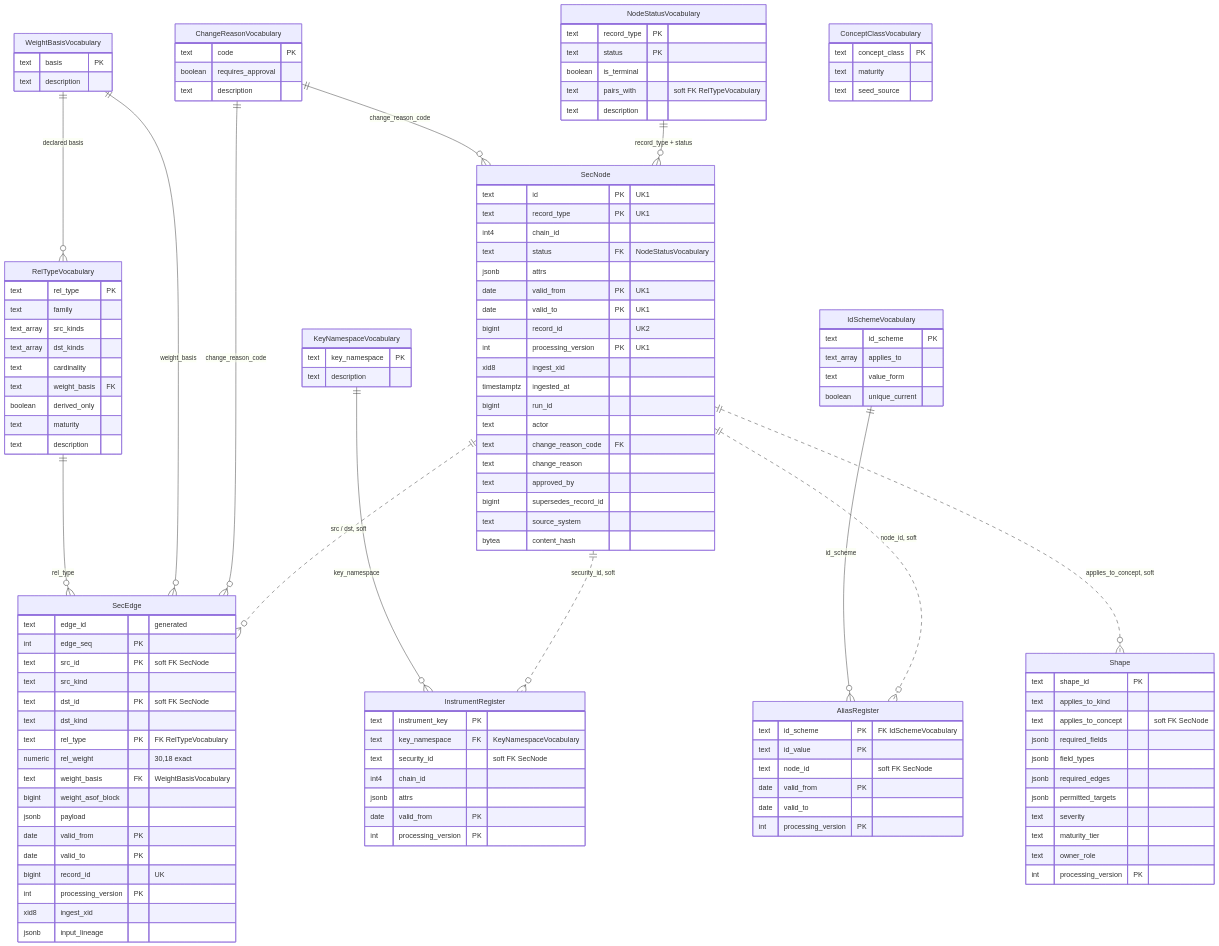
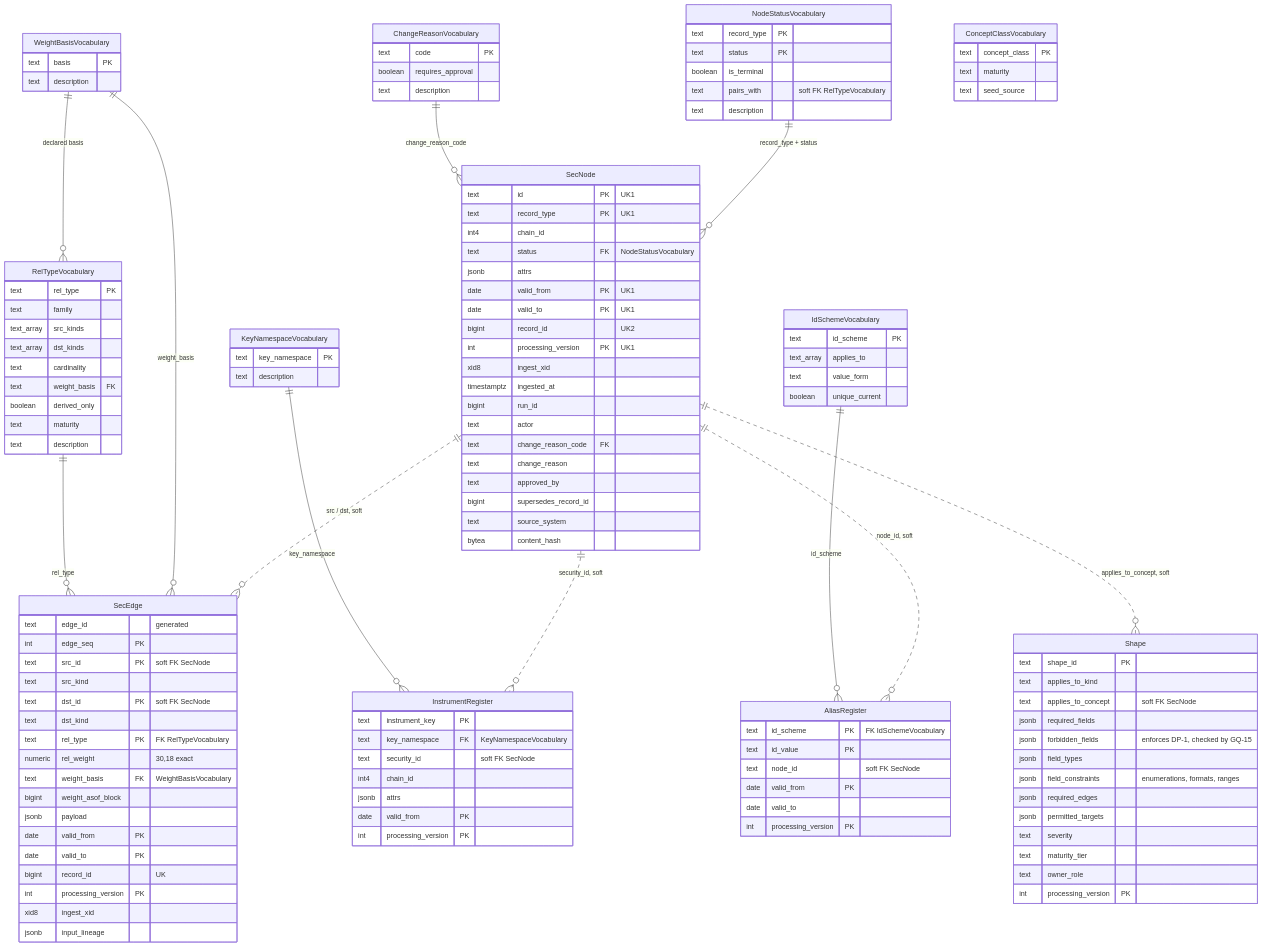
Before and after one commit to archon-research/stl: the first of 4 diagrams in docs/adr/0005-combined-master-and-relationship-store.md, drawn with Mermaid. The commit also changed other lines of this file, not shown here.

```diff
--- a/docs/adr/0005-combined-master-and-relationship-store.md
+++ b/docs/adr/0005-combined-master-and-relationship-store.md
@@ -282,7 +284,9 @@
         text applies_to_kind
         text applies_to_concept "soft FK SecNode"
         jsonb required_fields
+        jsonb forbidden_fields "enforces DP-1, checked by GQ-15"
         jsonb field_types
+        jsonb field_constraints "enumerations, formats, ranges"
         jsonb required_edges
         jsonb permitted_targets
         text severity
@@ -337,7 +341,6 @@
     WeightBasisVocabulary ||--o{ SecEdge : "weight_basis"
     WeightBasisVocabulary ||--o{ RelTypeVocabulary : "declared basis"
     ChangeReasonVocabulary ||--o{ SecNode : "change_reason_code"
-    ChangeReasonVocabulary ||--o{ SecEdge : "change_reason_code"
     NodeStatusVocabulary ||--o{ SecNode : "record_type + status"
     KeyNamespaceVocabulary ||--o{ InstrumentRegister : "key_namespace"
     IdSchemeVocabulary ||--o{ AliasRegister : "id_scheme"
```
